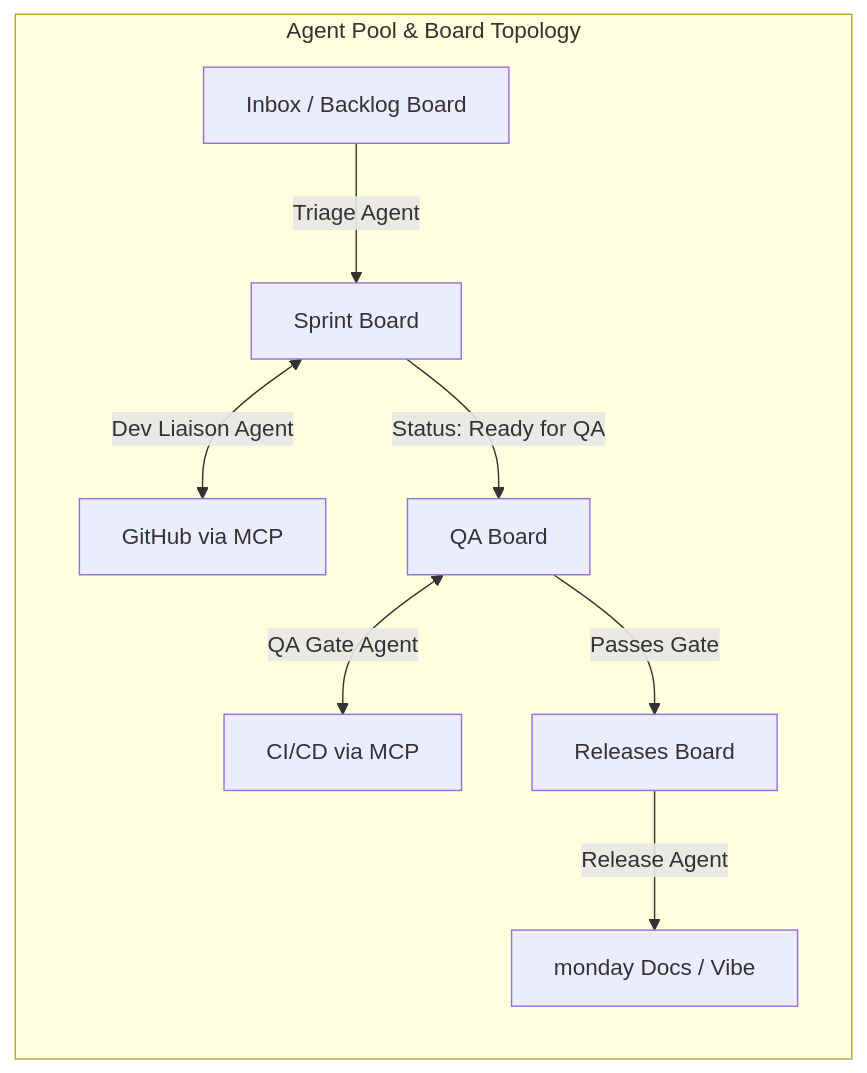
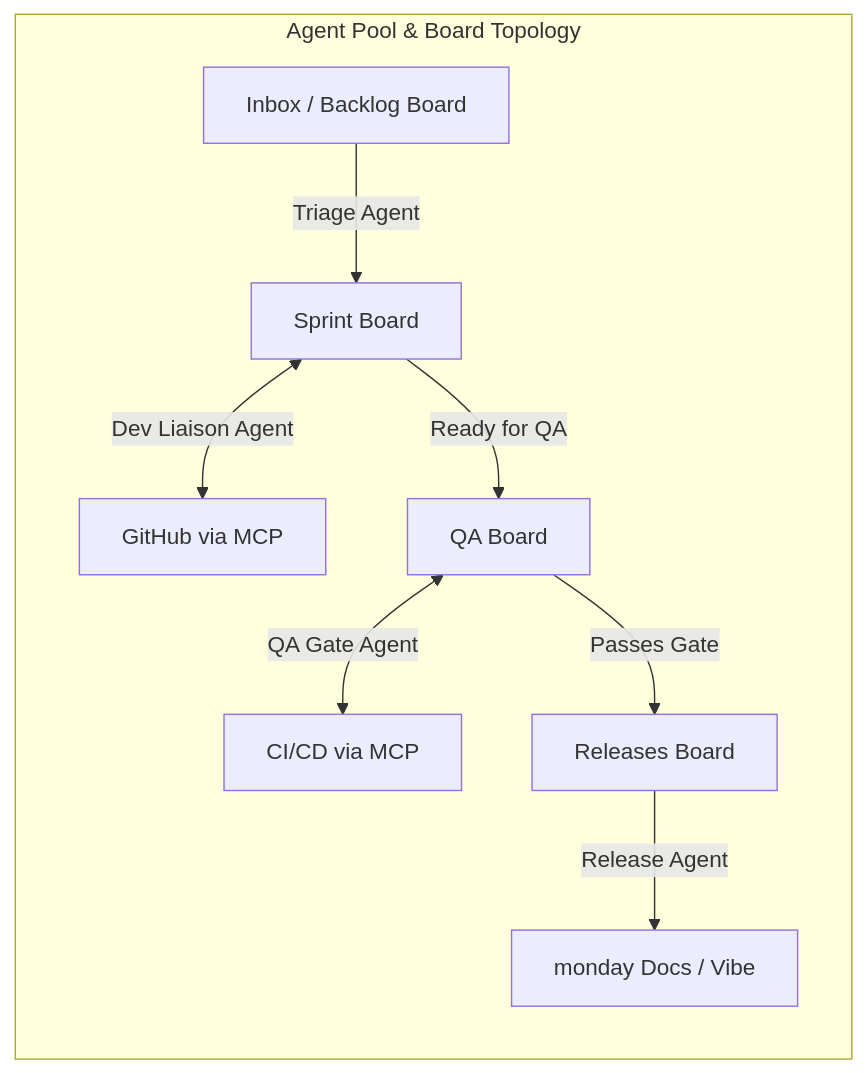
Before and after one commit to Galina-Blokh/monday-system: the third of 4 diagrams in monday_agent_system_design.md, drawn with Mermaid. The commit also changed other lines of this file, not shown here.

````diff
--- a/monday_agent_system_design.md
+++ b/monday_agent_system_design.md
@@ -146,12 +97,12 @@
 ```mermaid
 flowchart TD
     subgraph AT["Agent Pool & Board Topology"]
         direction TB
         IN[Inbox / Backlog Board] -->|Triage Agent| SPRINT[Sprint Board]
         SPRINT <-->|Dev Liaison Agent| GH[GitHub via MCP]
-        SPRINT -->|Status: Ready for QA| QA[QA Board]
+        SPRINT -->|Ready for QA| QA[QA Board]
         QA <-->|QA Gate Agent| CI[CI/CD via MCP]
         QA -->|Passes Gate| REL[Releases Board]
         REL -->|Release Agent| DOCS[monday Docs / Vibe]
     end
 ```
````
